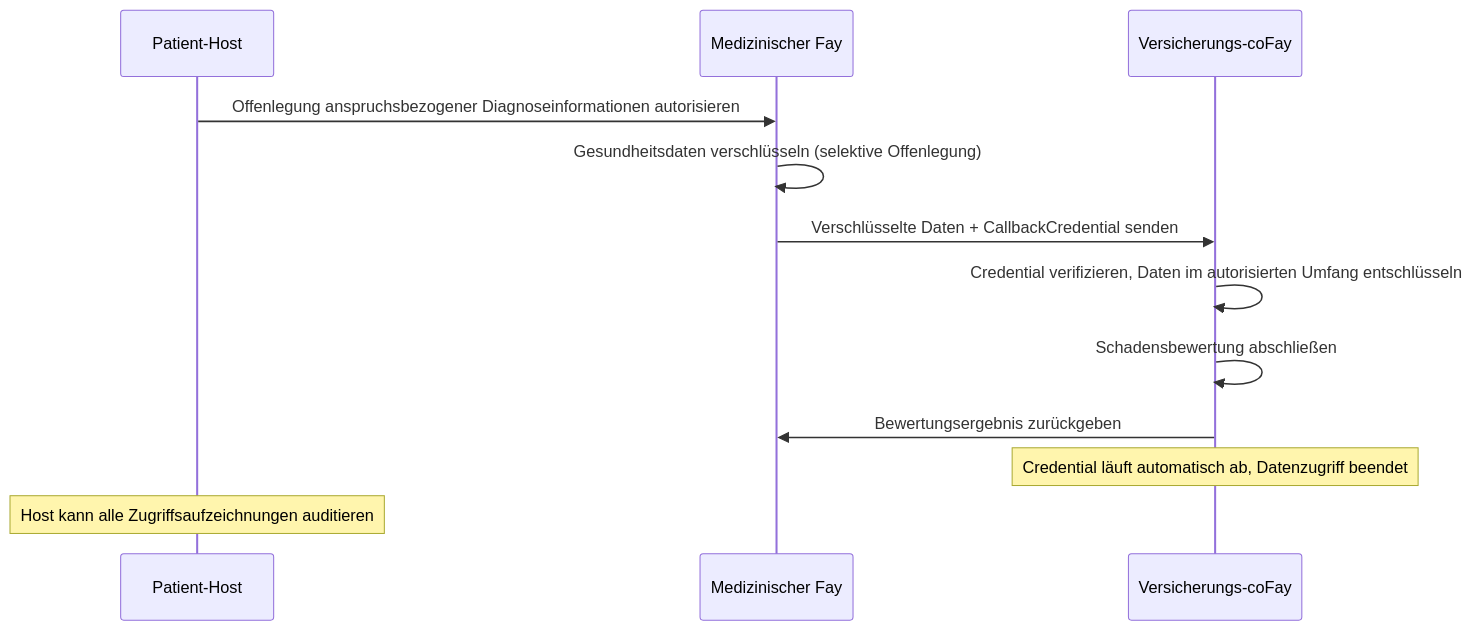
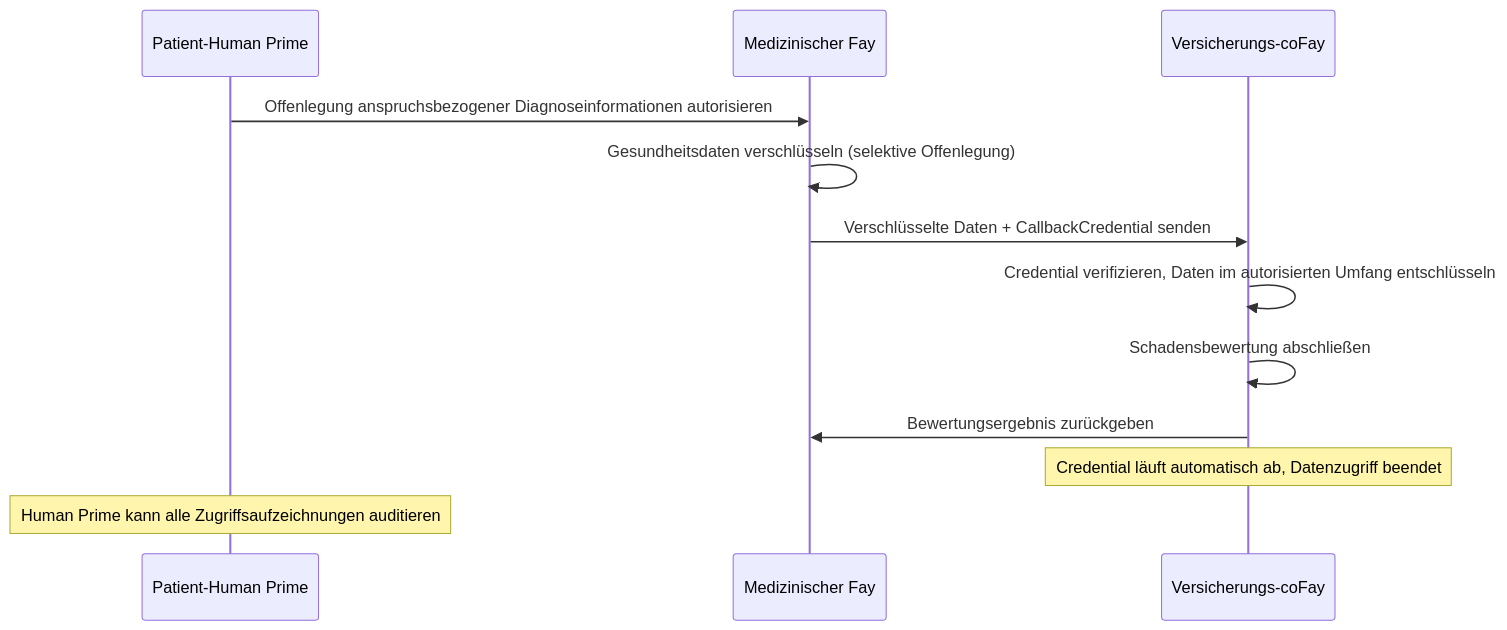
One commit to ChainModePilot/Telepathy-Protocol changed the first of 5 diagrams in docs/de/blueprint/4-anwendungsszenarien.md. Above: the diagram before and after it, drawn with Mermaid. The commit also changed other lines of this file and 68 other files, not shown here.

First line of the commit message:
Use 'Human Prime' instead of 'Host' in blueprints

````diff
--- a/docs/de/blueprint/4-anwendungsszenarien.md
+++ b/docs/de/blueprint/4-anwendungsszenarien.md
@@ -19,15 +19,15 @@
 ```mermaid
 sequenceDiagram
-    participant H as Patient-Host
+    participant H as Patient-Human Prime
     participant MF as Medizinischer Fay
     participant IF as Versicherungs-coFay
 
     H->>MF: Offenlegung anspruchsbezogener Diagnoseinformationen autorisieren
     MF->>MF: Gesundheitsdaten verschlüsseln (selektive Offenlegung)
     MF->>IF: Verschlüsselte Daten + CallbackCredential senden
     IF->>IF: Credential verifizieren, Daten im autorisierten Umfang entschlüsseln
     IF->>IF: Schadensbewertung abschließen
     IF->>MF: Bewertungsergebnis zurückgeben
     Note over IF: Credential läuft automatisch ab, Datenzugriff beendet
-    Note over H: Host kann alle Zugriffsaufzeichnungen auditieren
+    Note over H: Human Prime kann alle Zugriffsaufzeichnungen auditieren
 ```
````
